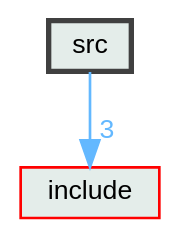
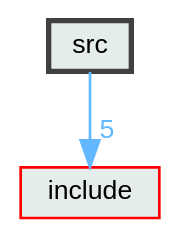
Before and after one commit to Juanki0396/ral: the diagram in docs/dir_68267d1309a1af8e8297ef4c3efbcdba_dep.dot, drawn with Graphviz. The commit also changed 61 other files, not shown here.

```diff
--- a/docs/dir_68267d1309a1af8e8297ef4c3efbcdba_dep.dot
+++ b/docs/dir_68267d1309a1af8e8297ef4c3efbcdba_dep.dot
@@ -1,11 +1,11 @@
 digraph "src"
 {
  // LATEX_PDF_SIZE
   bgcolor="transparent";
   edge [fontname=Helvetica,fontsize=10,labelfontname=Helvetica,labelfontsize=10];
   node [fontname=Helvetica,fontsize=10,shape=box,height=0.2,width=0.4];
   compound=true
   dir_68267d1309a1af8e8297ef4c3efbcdba [label="src", fillcolor="#e4edea", color="grey25", style="filled,bold", URL="dir_68267d1309a1af8e8297ef4c3efbcdba.html",tooltip=""];
   dir_d44c64559bbebec7f509842c48db8b23 [label="include", fillcolor="#e4edea", color="red", style="filled", URL="dir_d44c64559bbebec7f509842c48db8b23.html",tooltip=""];
-  dir_68267d1309a1af8e8297ef4c3efbcdba->dir_d44c64559bbebec7f509842c48db8b23 [headlabel="3", labeldistance=1.5 headhref="dir_000002_000000.html" href="dir_000002_000000.html" color="steelblue1" fontcolor="steelblue1"];
+  dir_68267d1309a1af8e8297ef4c3efbcdba->dir_d44c64559bbebec7f509842c48db8b23 [headlabel="5", labeldistance=1.5 headhref="dir_000002_000000.html" href="dir_000002_000000.html" color="steelblue1" fontcolor="steelblue1"];
 }
```
